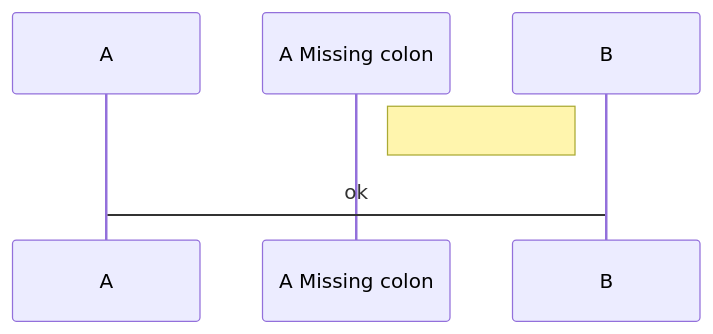
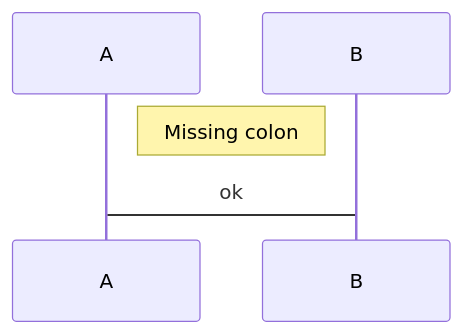
Before and after one commit to probelabs/mermaid-lint: diagram 23 of 27 in test-fixtures/sequence/INVALID_DIAGRAMS.md, drawn with Mermaid. The commit also changed other lines of this file, not shown here.

Commit message:
docs(previews): update sequence INVALID_DIAGRAMS after improved colon autofixes

````diff
--- a/test-fixtures/sequence/INVALID_DIAGRAMS.md
+++ b/test-fixtures/sequence/INVALID_DIAGRAMS.md
@@ -1015,8 +1015,8 @@
 ```mermaid
 sequenceDiagram
   participant A
-  Note right of A Missing colon: 
+  Note right of A : Missing colon
   A->B: ok
 
 
 ```
````
